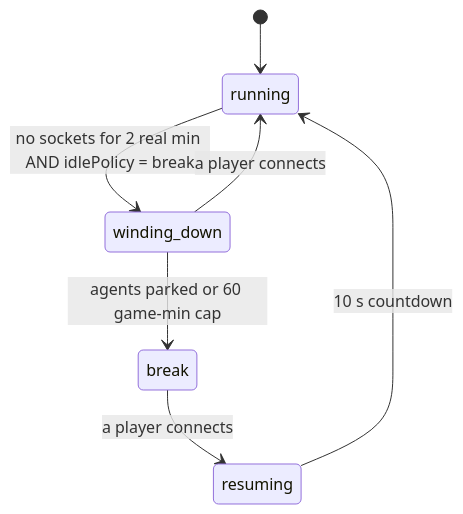
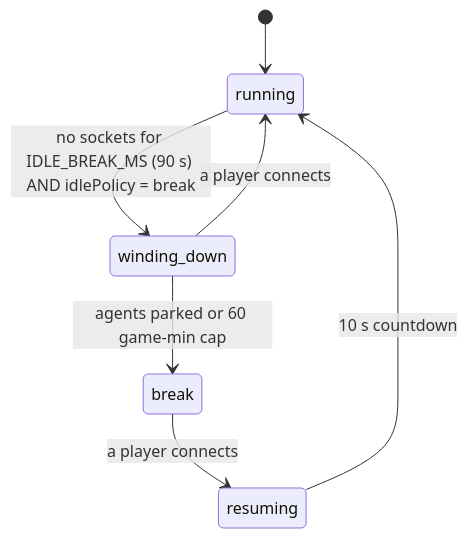
Before and after one commit to davenportjw/freightfloor: the third of 3 diagrams in docs/architecture.md, drawn with Mermaid. The commit also changed other lines of this file and 5 other files, not shown here.

````diff
--- a/docs/architecture.md
+++ b/docs/architecture.md
@@ -128,9 +130,9 @@
 ```mermaid
 stateDiagram-v2
   [*] --> running
-  running --> winding_down: no sockets for 2 real min AND idlePolicy = break
+  running --> winding_down: no sockets for IDLE_BREAK_MS (90 s) AND idlePolicy = break
   winding_down --> break: agents parked or 60 game-min cap
   break --> resuming: a player connects
   resuming --> running: 10 s countdown
   winding_down --> running: a player connects
 ```
````
